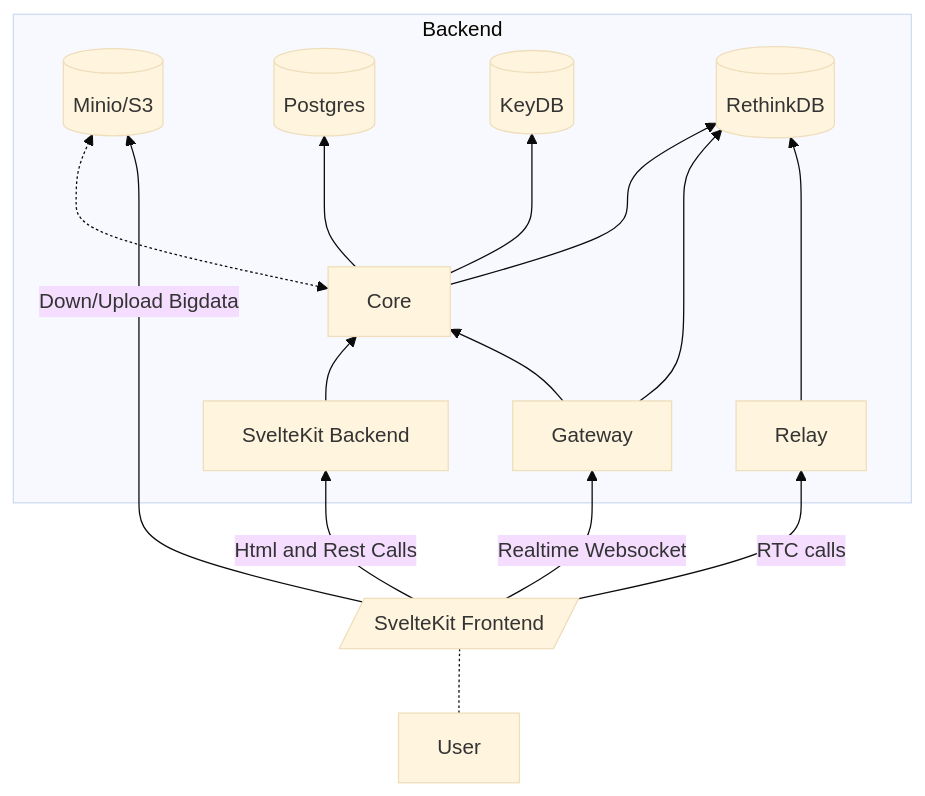
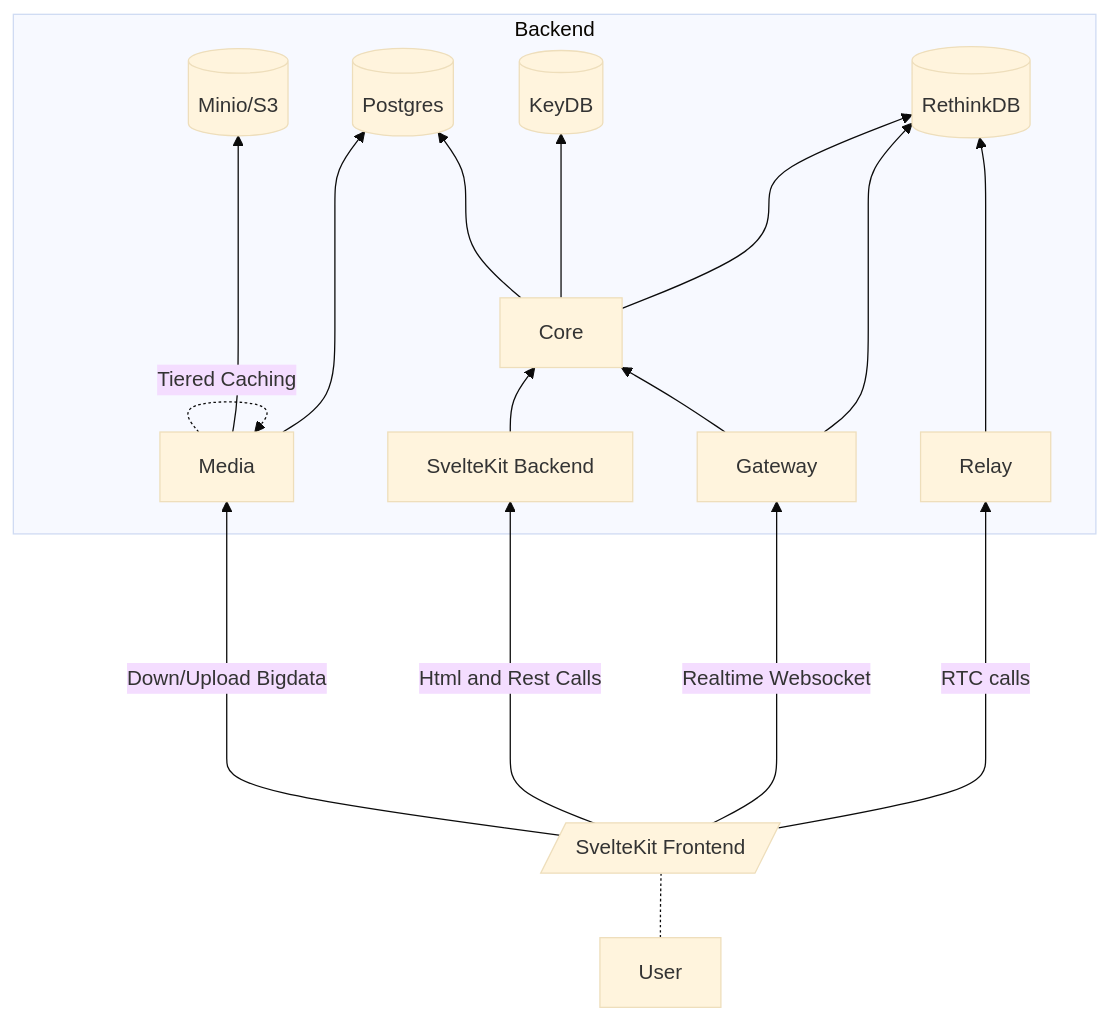
The diagram in page/docs/999_developement/architecture.md (Phyrone/project-kiwi), drawn with Mermaid (base theme) before and after one commit. The commit also changed 106 other files, not shown here.

````diff
--- a/page/docs/999_developement/architecture.md
+++ b/page/docs/999_developement/architecture.md
@@ -9,27 +9,30 @@
 ```mermaid
 flowchart BT
     subgraph Backend
         minio[(Minio/S3)]
         postgres[(Postgres)]
         keydb[(KeyDB)]
         rethinkdb[(RethinkDB)]
         core[Core]
         gateway[Gateway]
         relay[Relay]
+        media[Media]
         sveltekit_backend[SvelteKit Backend]
     %% Backend Connections
+        media .-> |Tiered Caching| media 
+        media --> postgres
         core ---> postgres & keydb & rethinkdb
         sveltekit_backend --> core
         gateway --> core & rethinkdb
         relay ----> rethinkdb
-        core <-.-> minio
+        media ----> minio
     end
 
     svletekit_frontend[/SvelteKit Frontend/]
     svletekit_frontend -->|Html and Rest Calls| sveltekit_backend
     svletekit_frontend -->|Realtime Websocket| gateway
     svletekit_frontend -->|RTC calls| relay
-    svletekit_frontend ----->|Down/Upload Bigdata| minio
+    svletekit_frontend ----->|Down/Upload Bigdata| media
     user[User]
     user .- svletekit_frontend
 ```
````
